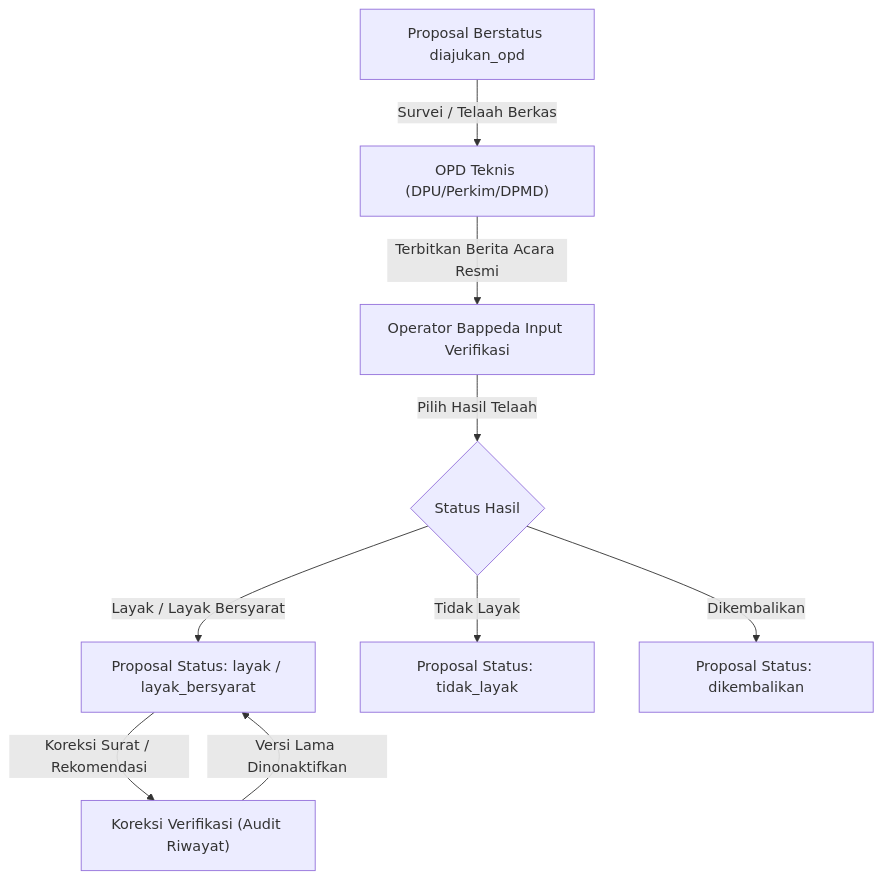
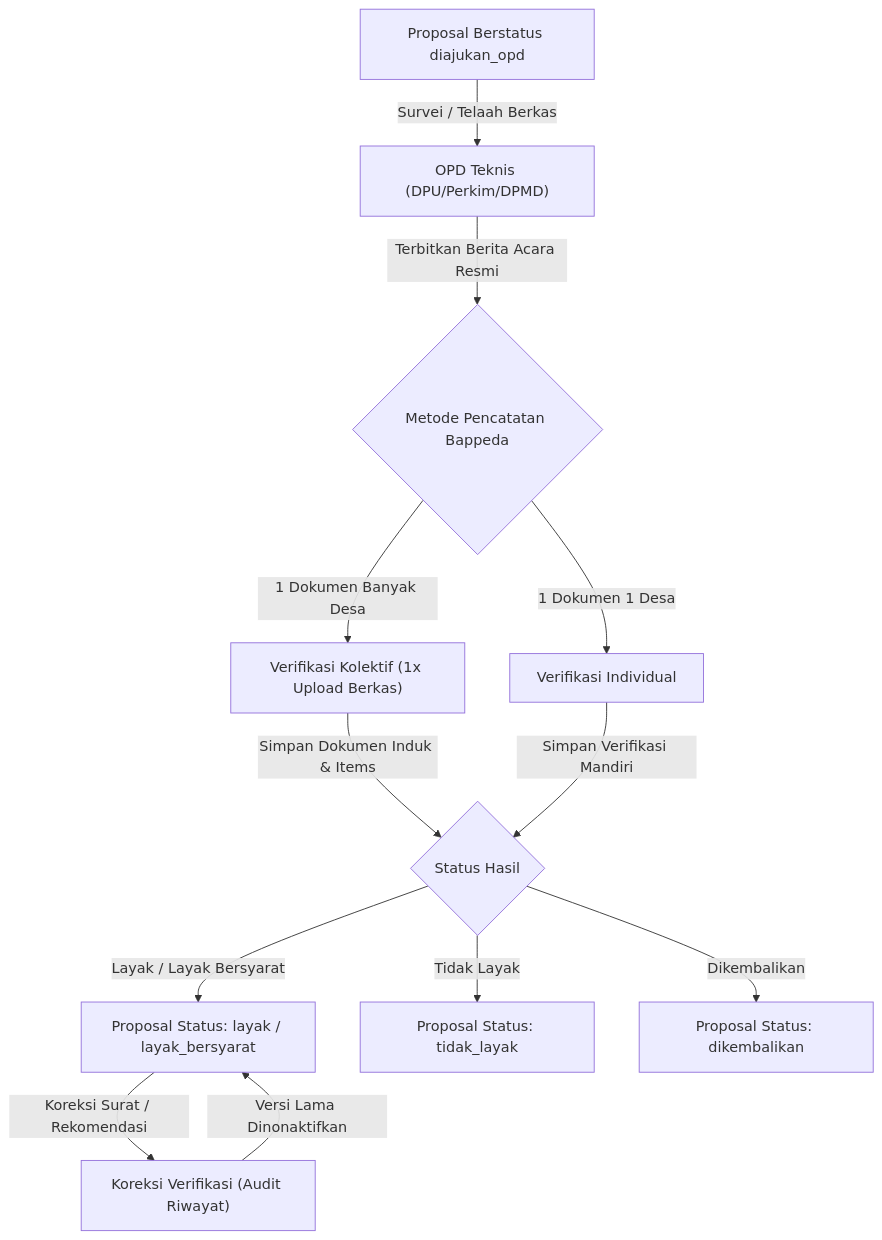
The diagram in docs/features/bkkd-verifikasi.md (rozakrmdhn/melarosa-laravel-nuxt), drawn with Mermaid before and after one commit. The commit also changed other lines of this file and 19 other files, not shown here.

Commit message:
feat(bkkd): implementasi verifikasi kolektif OPD, tautan dokumen cloud link, dan koreksi pada detail proposal

````diff
--- a/docs/features/bkkd-verifikasi.md
+++ b/docs/features/bkkd-verifikasi.md
@@ -39,11 +43,14 @@
 ```mermaid
 graph TD
     A["Proposal Berstatus diajukan_opd"] -->|"Survei / Telaah Berkas"| B["OPD Teknis (DPU/Perkim/DPMD)"]
-    B -->|"Terbitkan Berita Acara Resmi"| C["Operator Bappeda Input Verifikasi"]
-    C -->|"Pilih Hasil Telaah"| D{"Status Hasil"}
+    B -->|"Terbitkan Berita Acara Resmi"| C{"Metode Pencatatan Bappeda"}
+    C -->|"1 Dokumen Banyak Desa"| C1["Verifikasi Kolektif (1x Upload Berkas)"]
+    C -->|"1 Dokumen 1 Desa"| C2["Verifikasi Individual"]
+    C1 -->|"Simpan Dokumen Induk & Items"| D{"Status Hasil"}
+    C2 -->|"Simpan Verifikasi Mandiri"| D
     D -->|"Layak / Layak Bersyarat"| E["Proposal Status: layak / layak_bersyarat"]
     D -->|"Tidak Layak"| F["Proposal Status: tidak_layak"]
     D -->|"Dikembalikan"| G["Proposal Status: dikembalikan"]
     E -->|"Koreksi Surat / Rekomendasi"| H["Koreksi Verifikasi (Audit Riwayat)"]
     H -->|"Versi Lama Dinonaktifkan"| E
 ```
````
